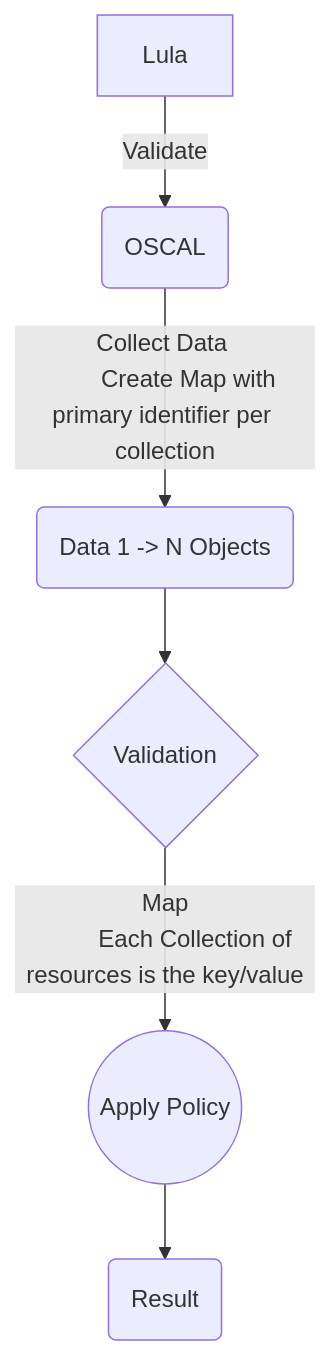
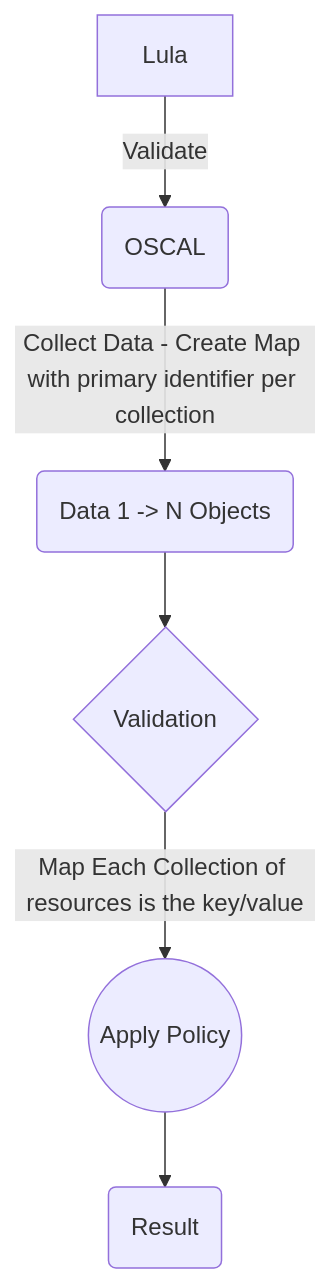
The second of 2 diagrams in adr/0006-resource-collections.md (defenseunicorns/compliance-auditor), drawn with Mermaid before and after one commit. The commit also changed other lines of this file, not shown here.

Commit message:
Fix: mermaid multiple lines

````diff
--- a/adr/0006-resource-collections.md
+++ b/adr/0006-resource-collections.md
@@ -33,10 +32,8 @@
 ```mermaid
 graph TD;
   A[Lula] -->|Validate| B(OSCAL);
-  B -->|Collect Data 
-        Create Map with primary identifier per collection| C(Data 1 -> N Objects);
+  B -->|Collect Data - Create Map with primary identifier per collection| C(Data 1 -> N Objects);
   C -->| | D{Validation};
-  D --> | Map
-          Each Collection of resources is the key/value  | E((Apply Policy));
+  D --> | Map Each Collection of resources is the key/value  | E((Apply Policy));
   E --> F(Result);
 ```
````
